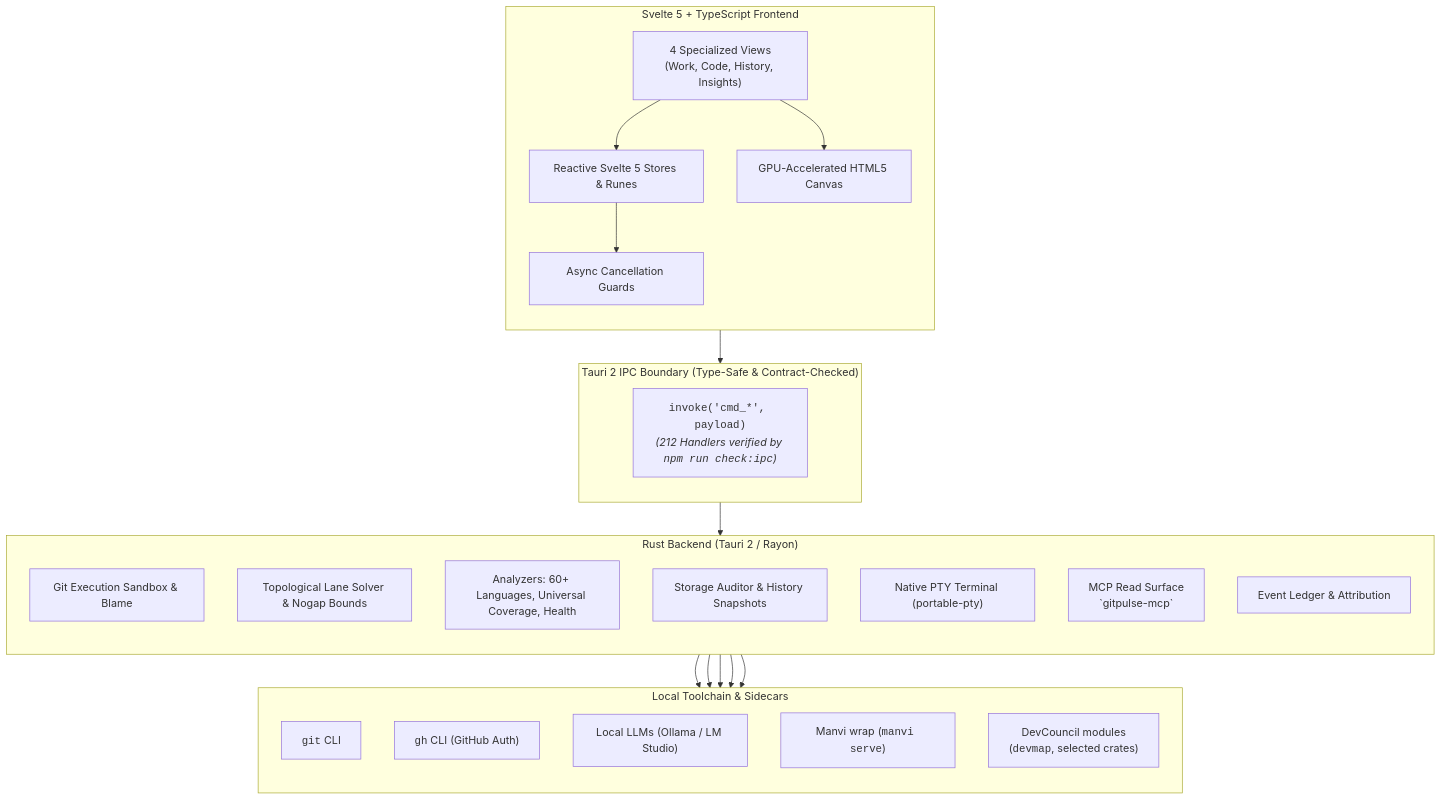
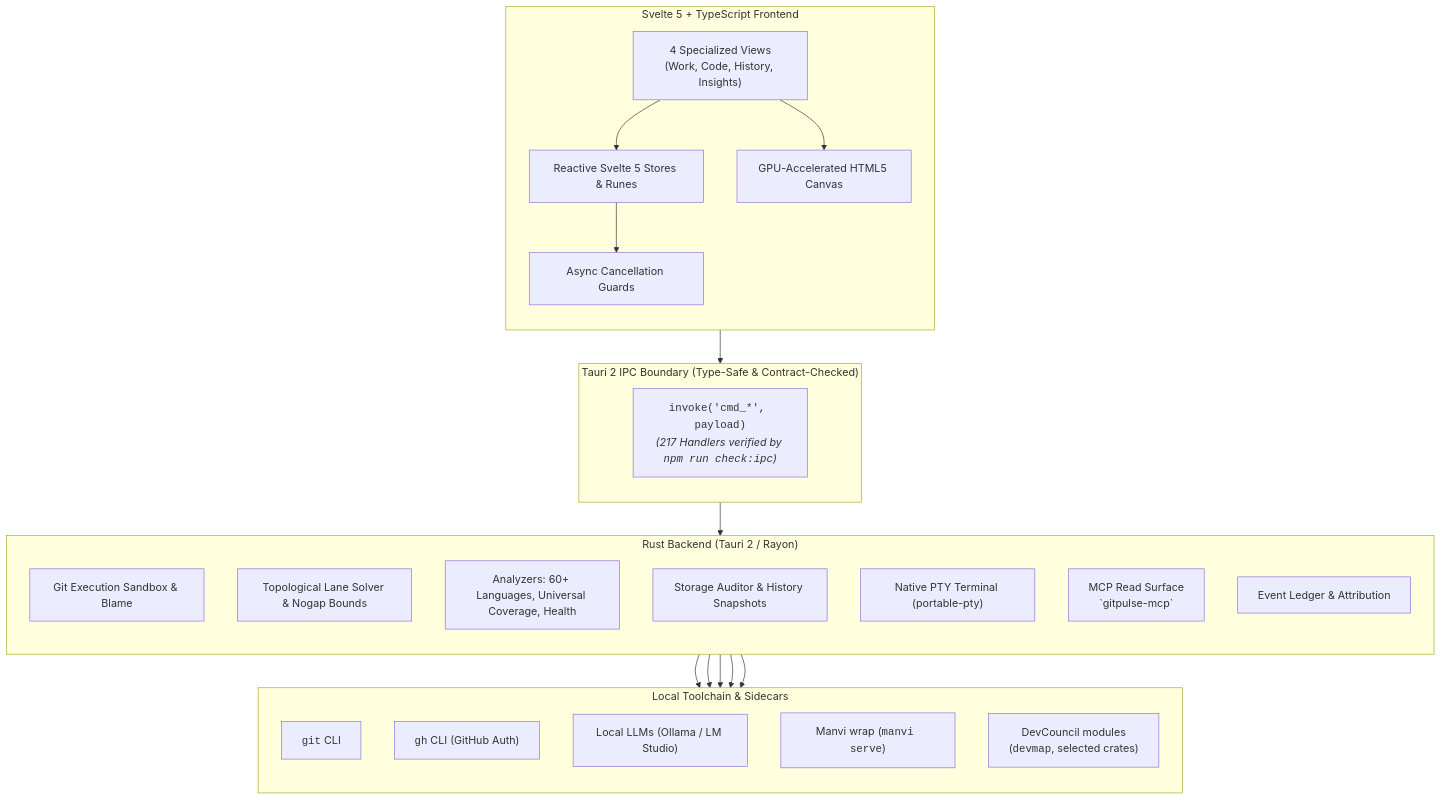
One commit to bharathvbcr/GitPulse changed the first of 4 diagrams in README.md. Above: the diagram before and after it, drawn with Mermaid. The commit also changed other lines of this file and 44 other files, not shown here.

````diff
--- a/README.md
+++ b/README.md
@@ -72,47 +72,47 @@
 ```mermaid
 flowchart TB
     subgraph Frontend["Svelte 5 + TypeScript Frontend"]
         direction TB
         Views["4 Specialized Views<br/>(Work, Code, History, Insights)"]
         Stores["Reactive Svelte 5 Stores & Runes"]
         CanvasEngine["GPU-Accelerated HTML5 Canvas"]
         AsyncGuards["Async Cancellation Guards"]
         
         Views --> Stores
         Views --> CanvasEngine
         Stores --> AsyncGuards
     end
 
     subgraph IPC["Tauri 2 IPC Boundary (Type-Safe & Contract-Checked)"]
         direction TB
-        IPCBridge["<code>invoke('cmd_*', payload)</code><br/><i>(212 Handlers verified by <code>npm run check:ipc</code>)</i>"]
+        IPCBridge["<code>invoke('cmd_*', payload)</code><br/><i>(217 Handlers verified by <code>npm run check:ipc</code>)</i>"]
     end
 
     subgraph Backend["Rust Backend (Tauri 2 / Rayon)"]
         direction TB
         GitSandbox["Git Execution Sandbox & Blame"]
         GraphSolver["Topological Lane Solver & Nogap Bounds"]
         Analyzers["Analyzers: 60+ Languages, Universal Coverage, Health"]
         StorageEngine["Storage Auditor & History Snapshots"]
         TerminalPTY["Native PTY Terminal (portable-pty)"]
         MCPServer["MCP Read Surface<br/>`gitpulse-mcp`"]
         Ledger["Event Ledger & Attribution"]
     end
 
     subgraph LocalTools["Local Toolchain & Sidecars"]
         direction TB
         GitCLI["<code>git</code> CLI"]
         GhCLI["<code>gh</code> CLI (GitHub Auth)"]
         LocalAI["Local LLMs (Ollama / LM Studio)"]
         ManviSidecar["Manvi wrap (<code>manvi serve</code>)"]
         DevCouncilMods["DevCouncil modules<br/>(<code>devmap</code>, selected crates)"]
     end
 
     AsyncGuards --> IPCBridge
     IPCBridge --> Backend
     GitSandbox --> GitCLI
     Analyzers --> GhCLI
     Analyzers --> LocalAI
     Backend --> ManviSidecar
     Backend --> DevCouncilMods
 ```
````
